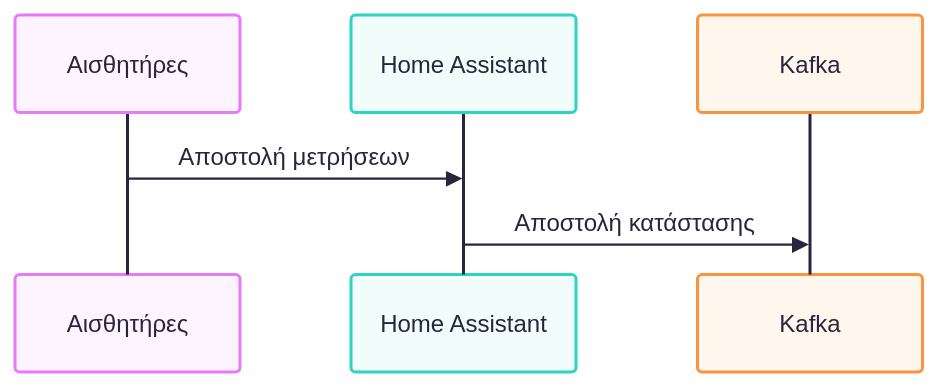
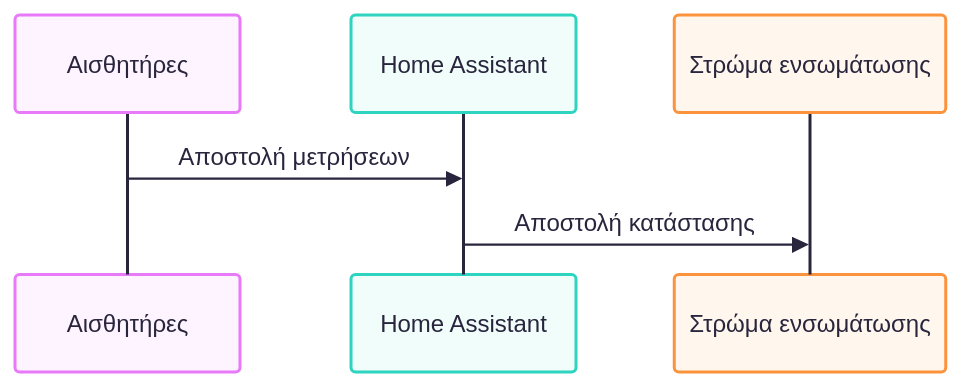
One commit to nrallakis/smart-home changed the second of 5 diagrams in diagrams.md. Above: the diagram before and after it, drawn with Mermaid. The commit also changed other lines of this file, not shown here.

````diff
--- a/diagrams.md
+++ b/diagrams.md
@@ -22,13 +10,13 @@
 ```mermaid
 ---
 config:
   look: classic
   theme: redux-color
 ---
 sequenceDiagram
   participant Sensors as Αισθητήρες
   participant HomeAssistant as Home Assistant
-  participant Kafka as Kafka
+  participant Kafka as Στρώμα ενσωμάτωσης
   Sensors ->> HomeAssistant: Αποστολή μετρήσεων
   HomeAssistant ->> Kafka: Αποστολή κατάστασης
 ```
````
